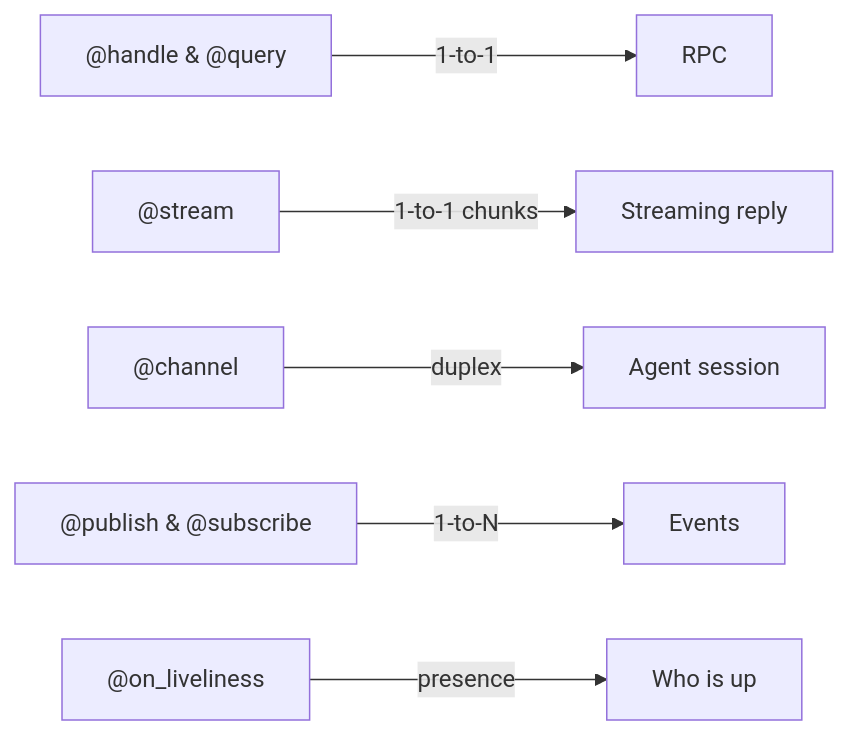
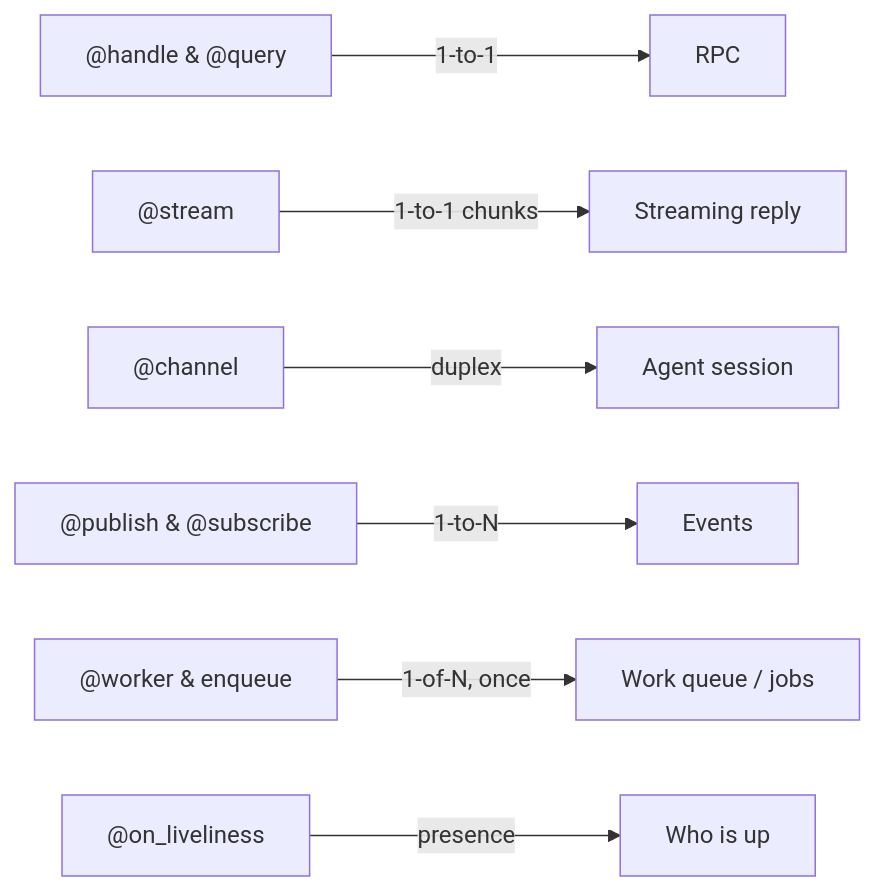
Before and after one commit to 0x416d6972/Istos: the diagram in docs/index.md, drawn with Mermaid. The commit also changed other lines of this file and 2 other files, not shown here.

Commit message:
"Document work queues, scheduling, and fitness; fix retry import in README"

````diff
--- a/docs/index.md
+++ b/docs/index.md
@@ -33,8 +33,9 @@
 ```mermaid
 graph LR
     A["@handle & @query"] -->|1-to-1| B["RPC"]
     S["@stream"] -->|1-to-1 chunks| T["Streaming reply"]
     CH["@channel"] -->|duplex| U["Agent session"]
     C["@publish & @subscribe"] -->|1-to-N| D["Events"]
+    Q["@worker & enqueue"] -->|1-of-N, once| V["Work queue / jobs"]
     E["@on_liveliness"] -->|presence| F["Who is up"]
 ```
````
